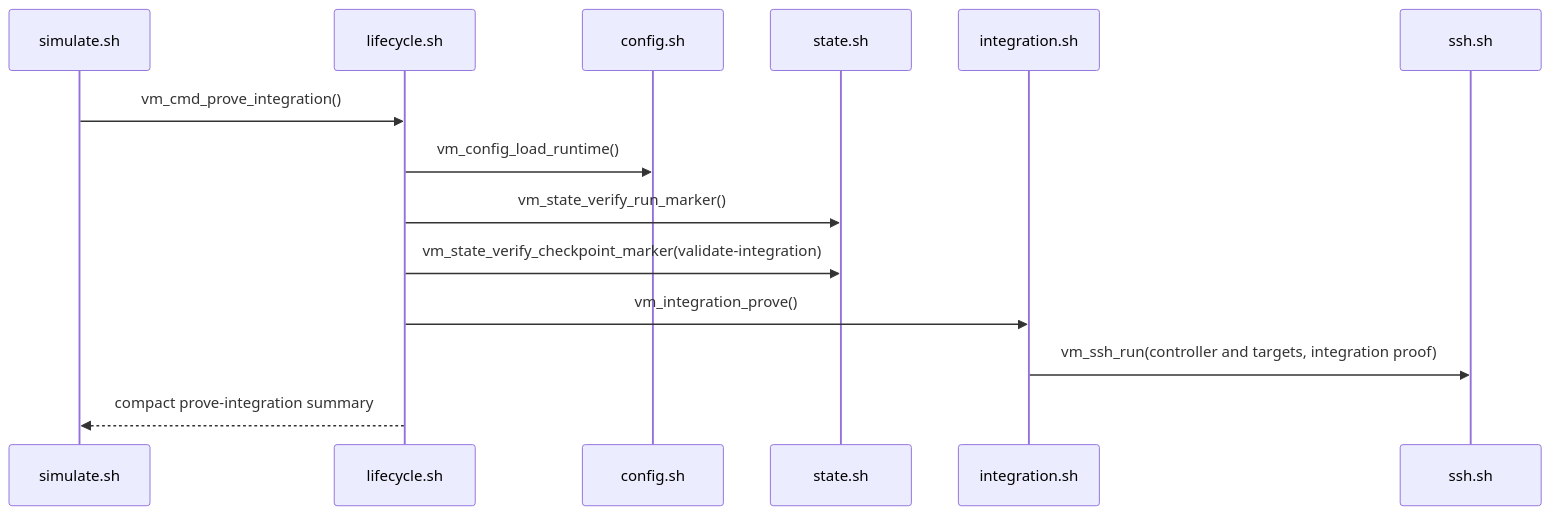
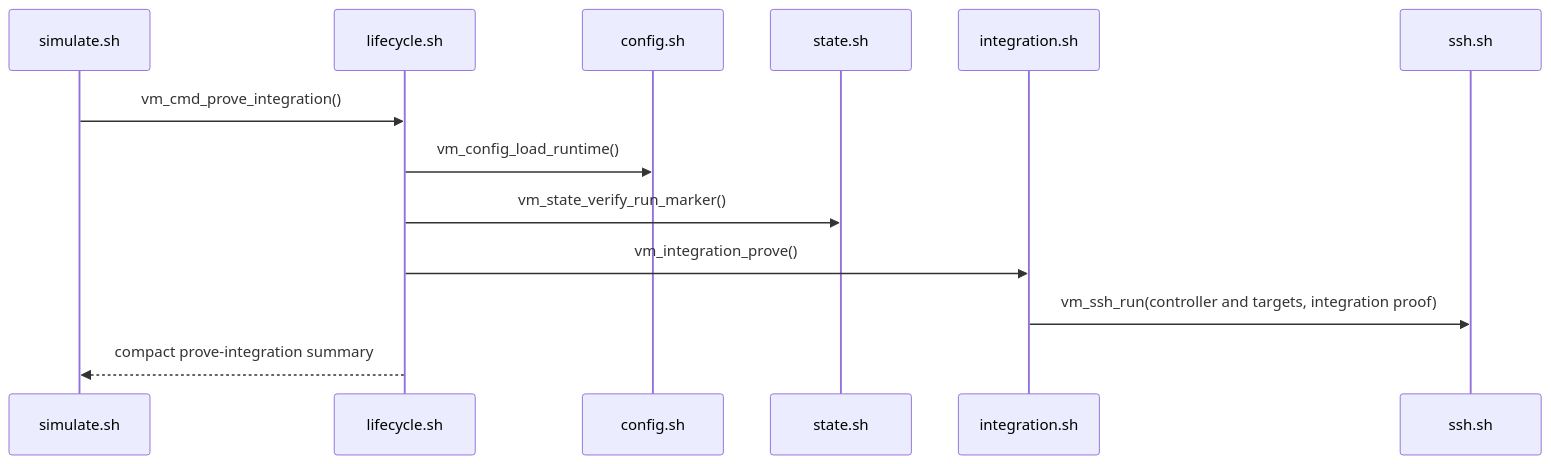
Before and after one commit to NoNine/loopforge: diagram 13 of 19 in simulation/vm/docs/sequences.md, drawn with Mermaid. The commit also changed other lines of this file and 25 other files, not shown here.

````diff
--- a/simulation/vm/docs/sequences.md
+++ b/simulation/vm/docs/sequences.md
@@ -274,17 +278,16 @@
 ```mermaid
 sequenceDiagram
   participant CLI as simulate.sh
   participant LC as lifecycle.sh
   participant CFG as config.sh
   participant ST as state.sh
   participant INT as integration.sh
   participant SSH as ssh.sh
 
   CLI->>LC: vm_cmd_prove_integration()
   LC->>CFG: vm_config_load_runtime()
   LC->>ST: vm_state_verify_run_marker()
-  LC->>ST: vm_state_verify_checkpoint_marker(validate-integration)
   LC->>INT: vm_integration_prove()
   INT->>SSH: vm_ssh_run(controller and targets, integration proof)
   LC-->>CLI: compact prove-integration summary
 ```
````
